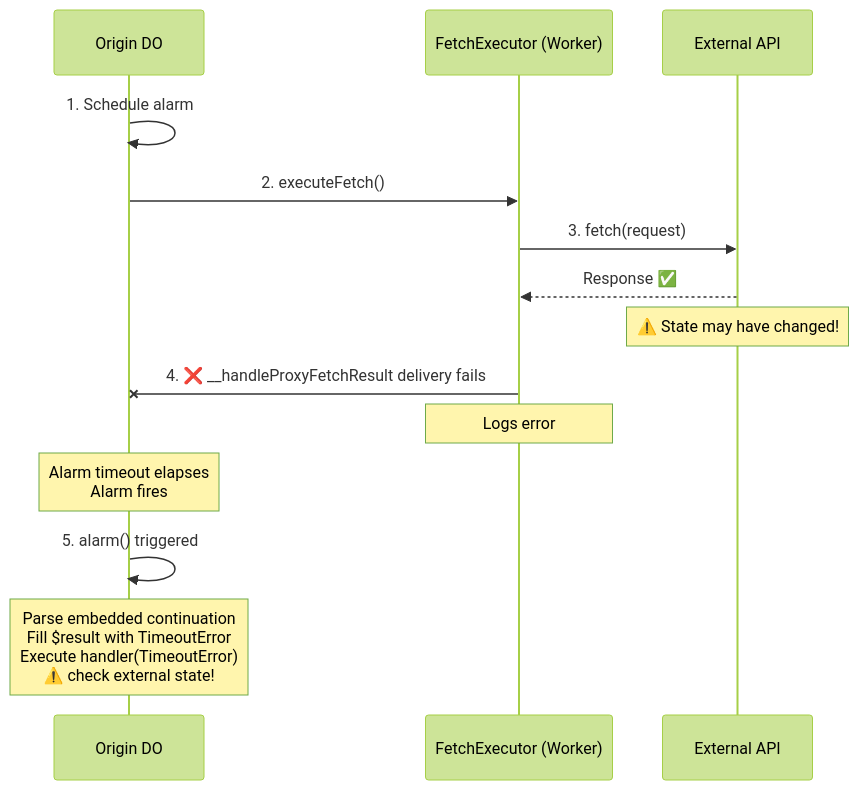
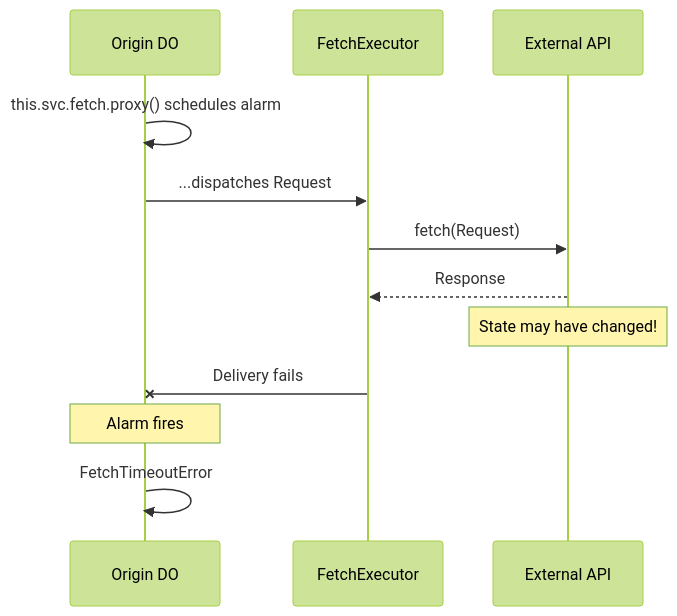
The fourth of 4 diagrams in website/docs/fetch/architecture-and-failure-modes.mdx (lumenize/lumenize), drawn with Mermaid (forest theme) before and after one commit. The commit also changed other lines of this file and 384 other files, not shown here.

````diff
--- a/website/docs/fetch/architecture-and-failure-modes.mdx
+++ b/website/docs/fetch/architecture-and-failure-modes.mdx
@@ -417,21 +82,18 @@
-```mermaid @skip-check
+```mermaid
 sequenceDiagram
     participant Origin as Origin DO
-    participant Exec as FetchExecutor (Worker)
+    participant Exec as FetchExecutor
     participant API as External API
 
-    Origin->>Origin: 1. Schedule alarm
-    Origin->>Exec: 2. executeFetch()
-    
-    Exec->>API: 3. fetch(request)
-    API-->>Exec: Response ✅
-    Note over API: ⚠️ State may have changed!
-    
-    Exec-xOrigin: 4. ❌ __handleProxyFetchResult delivery fails
-    Note over Exec: Logs error
-    
-    Note over Origin: Alarm timeout elapses<br/>Alarm fires
-    
-    Origin->>Origin: 5. alarm() triggered
-    Note over Origin: Parse embedded continuation<br/>Fill $result with TimeoutError<br/>Execute handler(TimeoutError)<br/>⚠️ check external state!
+    Origin->>Origin: this.svc.fetch.proxy() schedules alarm
+    Origin->>Exec: ...dispatches Request
+
+    Exec->>API: fetch(Request)
+    API-->>Exec: Response
+    Note over API: State may have changed!
+
+    Exec-xOrigin: Delivery fails
+
+    Note over Origin: Alarm fires
+    Origin->>Origin: FetchTimeoutError
 ```
````
